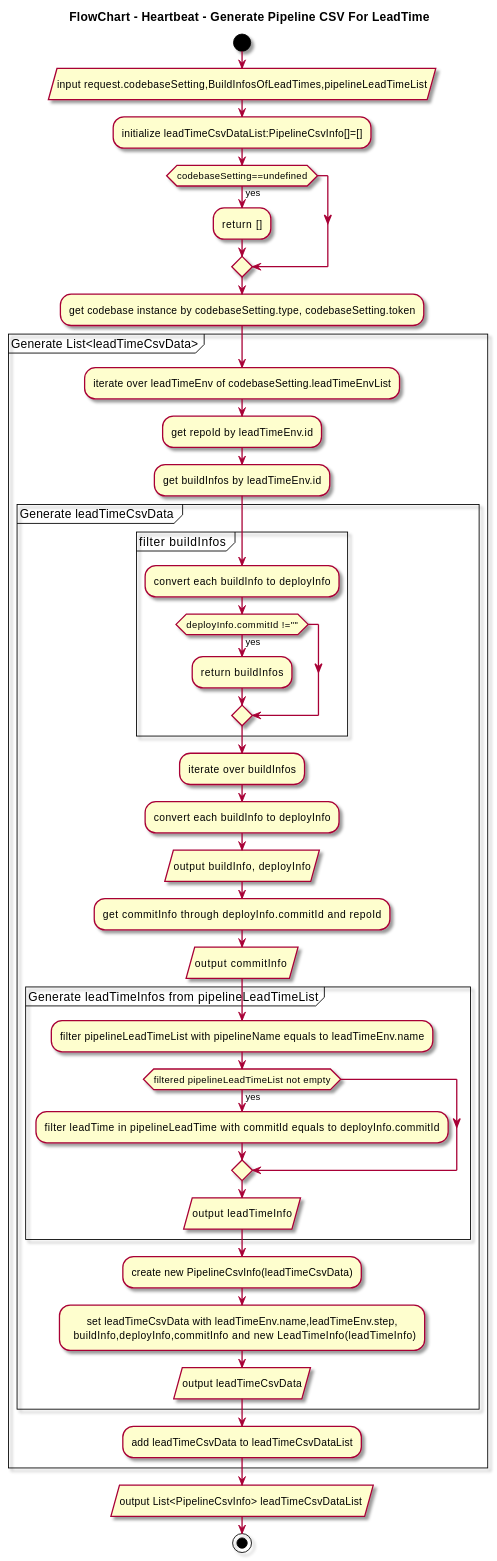
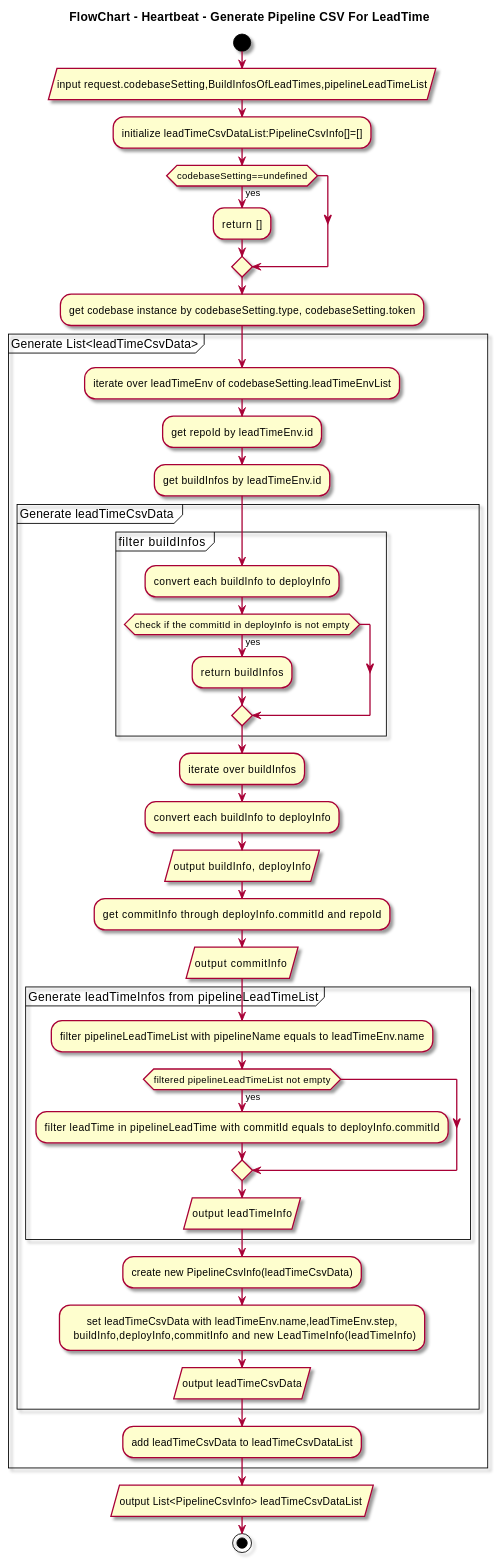
Before and after one commit to au-heartbeat/Heartbeat: the seventh of 9 diagrams in docs/src/pages/en/dev-center/flow-diagrams.md, drawn with PlantUML. The commit also changed other lines of this file, not shown here.

Commit message:
ADM-448 add flow diagram for save Pipeline CSV

````diff
--- a/docs/src/pages/en/dev-center/flow-diagrams.md
+++ b/docs/src/pages/en/dev-center/flow-diagrams.md
@@ -276,46 +276,46 @@
 ```plantuml
 @startuml Generate Pipeline CSV For LeadTime
 skin rose
 skinparam defaultTextAlignment center
 title FlowChart - Heartbeat - Generate Pipeline CSV For LeadTime
 start
 :input request.codebaseSetting,BuildInfosOfLeadTimes,pipelineLeadTimeList/
   :initialize leadTimeCsvDataList:PipelineCsvInfo[]=[];
   if (codebaseSetting==undefined) then (yes)
     :return [];
   endif
   :get codebase instance by codebaseSetting.type, codebaseSetting.token;
   partition "Generate List<leadTimeCsvData>"{
   :iterate over leadTimeEnv of codebaseSetting.leadTimeEnvList;
     :get repoId by leadTimeEnv.id;
     :get buildInfos by leadTimeEnv.id;
     partition "Generate leadTimeCsvData "{
       partition "filter buildInfos "{
         :convert each buildInfo to deployInfo;
-        if(deployInfo.commitId !="") then (yes)
+        if(check if the commitId in deployInfo is not empty) then (yes)
           :return buildInfos;
         endif
       }
       :iterate over buildInfos;
         :convert each buildInfo to deployInfo;
         :output buildInfo, deployInfo/
         :get commitInfo through deployInfo.commitId and repoId;
         :output commitInfo /
         partition "Generate leadTimeInfos from pipelineLeadTimeList"{
           :filter pipelineLeadTimeList with pipelineName equals to leadTimeEnv.name;
           if(filtered pipelineLeadTimeList not empty) then (yes)
             :filter leadTime in pipelineLeadTime with commitId equals to deployInfo.commitId;
           endif
           :output leadTimeInfo/
         }
         :create new PipelineCsvInfo(leadTimeCsvData);
           :set leadTimeCsvData with leadTimeEnv.name,leadTimeEnv.step,
             buildInfo,deployInfo,commitInfo and new LeadTimeInfo(leadTimeInfo);
       :output leadTimeCsvData/
     }
     :add leadTimeCsvData to leadTimeCsvDataList;
   }
 :output List<PipelineCsvInfo> leadTimeCsvDataList /
 stop
 @enduml
 ```
````
